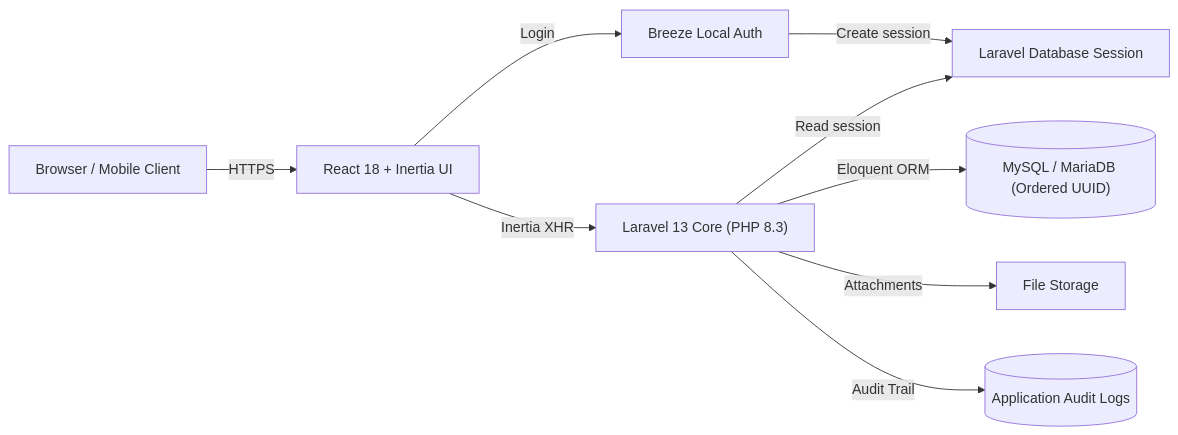
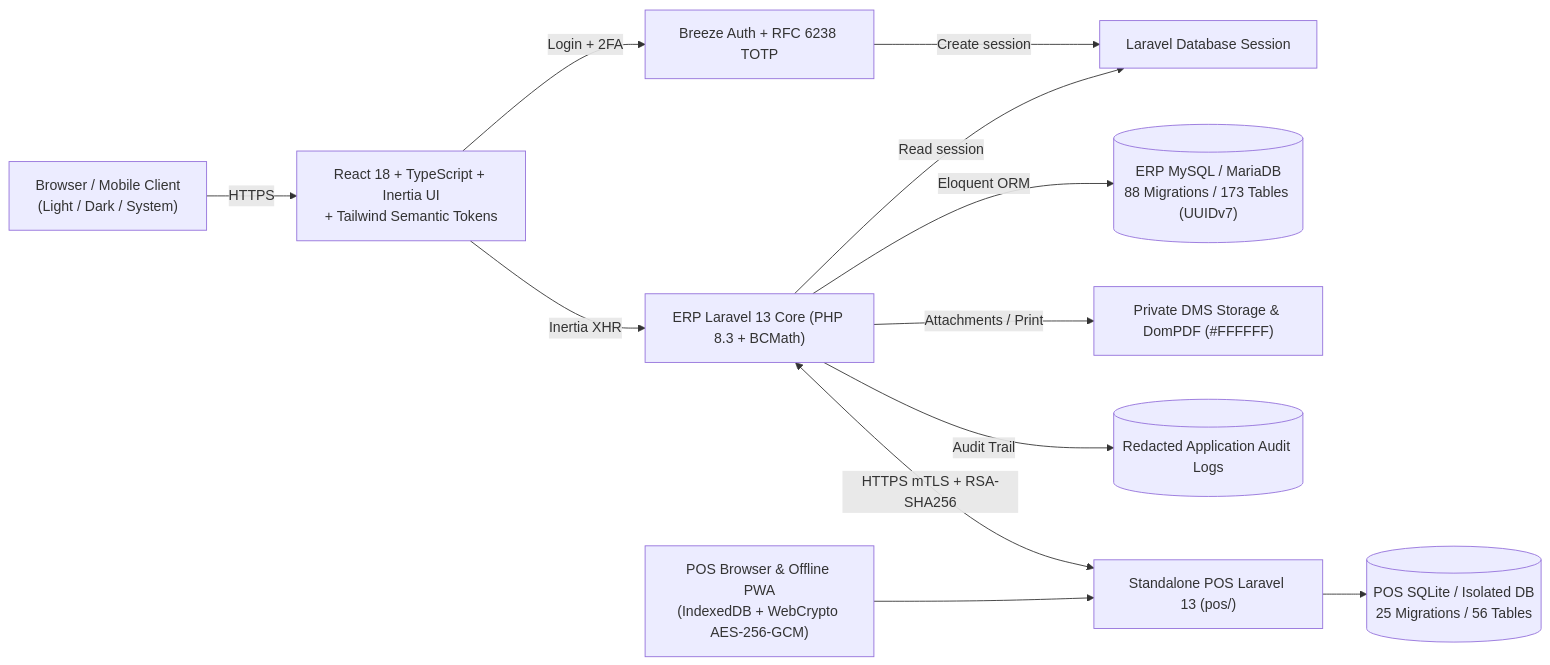
The first of 26 diagrams in document/README.md (anuwatm/ERP), drawn with Mermaid before and after one commit. The commit also changed other lines of this file and 150 other files, not shown here.

Commit message:
feat(ui,pos,docs): complete system-wide UI redesign, POS setup wizard, local fonts, and architecture/ER docs

````diff
--- a/document/README.md
+++ b/document/README.md
@@ -87,11 +80,14 @@
 ```mermaid
 flowchart LR
-    Client["Browser / Mobile Client"] -->|HTTPS| ReactInertia["React 18 + Inertia UI"]
-    ReactInertia -->|Login| BreezeAuth["Breeze Local Auth"]
+    Client["Browser / Mobile Client\n(Light / Dark / System)"] -->|HTTPS| ReactInertia["React 18 + TypeScript + Inertia UI\n+ Tailwind Semantic Tokens"]
+    ReactInertia -->|Login + 2FA| BreezeAuth["Breeze Auth + RFC 6238 TOTP"]
     BreezeAuth -->|Create session| SessionStore["Laravel Database Session"]
-    ReactInertia -->|Inertia XHR| LaravelApp["Laravel 13 Core (PHP 8.3)"]
+    ReactInertia -->|Inertia XHR| LaravelApp["ERP Laravel 13 Core (PHP 8.3 + BCMath)"]
     LaravelApp -->|Read session| SessionStore
-    LaravelApp -->|Eloquent ORM| MariaDB[("MySQL / MariaDB (Ordered UUID)")]
-    LaravelApp -->|Attachments| FileStorage["File Storage"]
-    LaravelApp -->|Audit Trail| AuditLog[("Application Audit Logs")]
+    LaravelApp -->|Eloquent ORM| MariaDB[("ERP MySQL / MariaDB\n88 Migrations / 173 Tables (UUIDv7)")]
+    LaravelApp -->|Attachments / Print| FileStorage["Private DMS Storage & DomPDF (#FFFFFF)"]
+    LaravelApp -->|Audit Trail| AuditLog[("Redacted Application Audit Logs")]
+    POSClient["POS Browser & Offline PWA\n(IndexedDB + WebCrypto AES-256-GCM)"] --> POSApp["Standalone POS Laravel 13 (pos/)"]
+    POSApp --> POSDB[("POS SQLite / Isolated DB\n25 Migrations / 56 Tables")]
+    LaravelApp <-->|"HTTPS mTLS + RSA-SHA256"| POSApp
 ```
````
